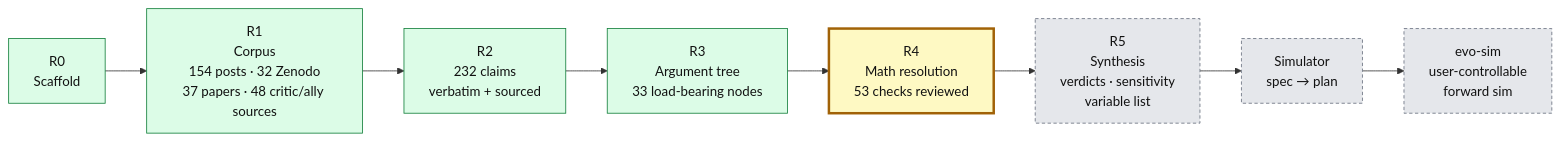
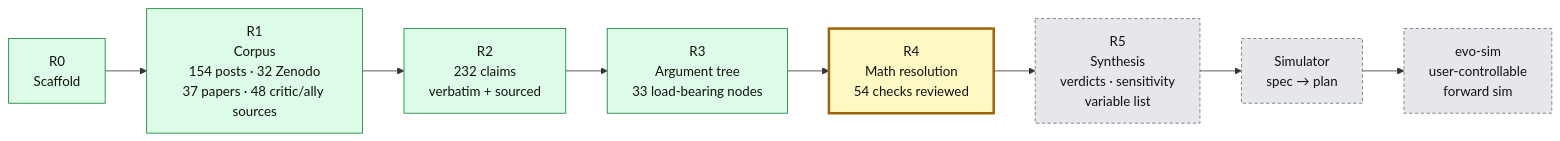
Before and after one commit to nickallevato/evo-sim: the second of 2 diagrams in README.md, drawn with Mermaid. The commit also changed 14 other files, not shown here.

````diff
--- a/README.md
+++ b/README.md
@@ -229,14 +229,14 @@
 ```mermaid
 flowchart LR
   R0["R0<br/>Scaffold"]:::done --> R1["R1<br/>Corpus<br/>154 posts · 32 Zenodo<br/>37 papers · 48 critic/ally sources"]:::done
   R1 --> R2["R2<br/>232 claims<br/>verbatim + sourced"]:::done
   R2 --> R3["R3<br/>Argument tree<br/>33 load-bearing nodes"]:::done
-  R3 --> R4["R4<br/>Math resolution<br/>53 checks reviewed"]:::active
+  R3 --> R4["R4<br/>Math resolution<br/>54 checks reviewed"]:::active
   R4 --> R5["R5<br/>Synthesis<br/>verdicts · sensitivity<br/>variable list"]:::todo
   R5 --> S1["Simulator<br/>spec → plan"]:::todo
   S1 --> S2["evo-sim<br/>user-controllable<br/>forward sim"]:::todo
 
   classDef done fill:#dcfce7,stroke:#15803d,color:#111
   classDef active fill:#fef9c3,stroke:#a16207,stroke-width:3px,color:#111
   classDef todo fill:#e5e7eb,stroke:#6b7280,color:#111,stroke-dasharray:4 3
 ```
````
